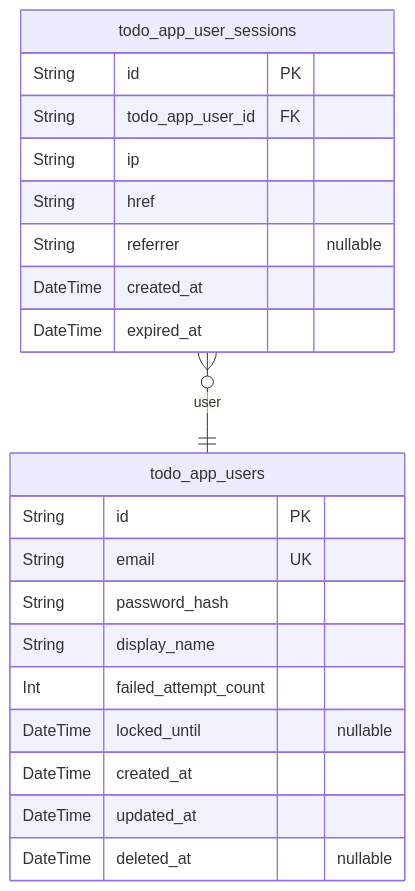
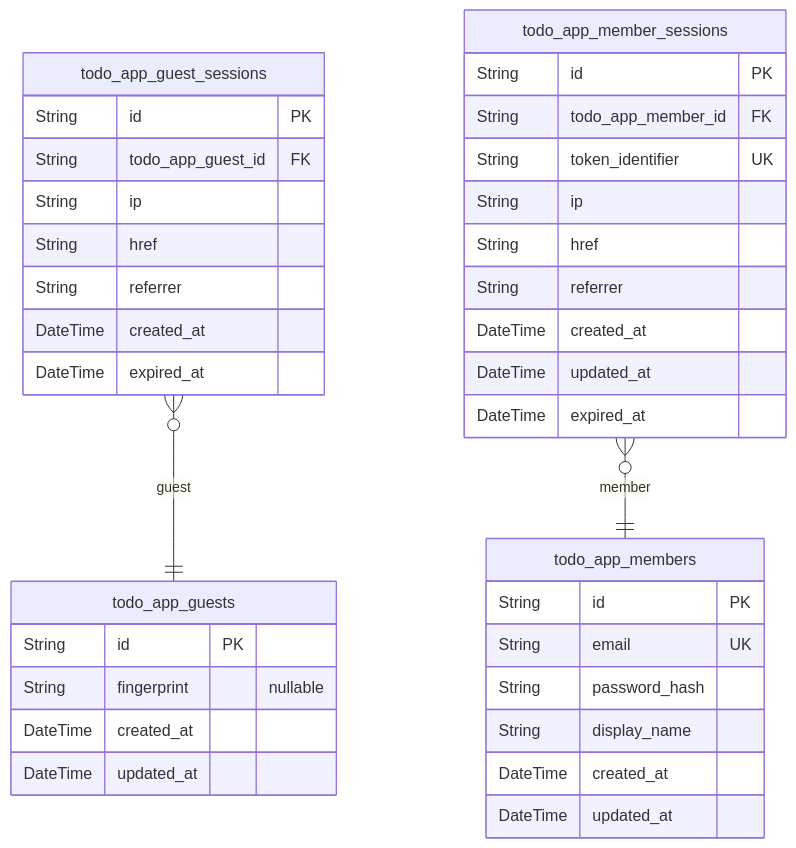
One commit to wrtnlabs/autobe-examples changed the first of 2 diagrams in z-ai/glm-5/todo/docs/ERD.md. Above: the diagram before and after it, drawn with Mermaid. The commit also changed other lines of this file and 17098 other files, not shown here.

````diff
--- a/z-ai/glm-5/todo/docs/ERD.md
+++ b/z-ai/glm-5/todo/docs/ERD.md
@@ -10,24 +10,39 @@
 ```mermaid
 erDiagram
-"todo_app_users" {
+"todo_app_guests" {
+  String id PK
+  String fingerprint "nullable"
+  DateTime created_at
+  DateTime updated_at
+}
+"todo_app_guest_sessions" {
+  String id PK
+  String todo_app_guest_id FK
+  String ip
+  String href
+  String referrer
+  DateTime created_at
+  DateTime expired_at
+}
+"todo_app_members" {
   String id PK
   String email UK
   String password_hash
   String display_name
-  Int failed_attempt_count
-  DateTime locked_until "nullable"
   DateTime created_at
   DateTime updated_at
-  DateTime deleted_at "nullable"
 }
-"todo_app_user_sessions" {
+"todo_app_member_sessions" {
   String id PK
-  String todo_app_user_id FK
+  String todo_app_member_id FK
+  String token_identifier UK
   String ip
   String href
-  String referrer "nullable"
+  String referrer
   DateTime created_at
+  DateTime updated_at
   DateTime expired_at
 }
-"todo_app_user_sessions" }o--|| "todo_app_users" : user
+"todo_app_guest_sessions" }o--|| "todo_app_guests" : guest
+"todo_app_member_sessions" }o--|| "todo_app_members" : member
 ```
````
